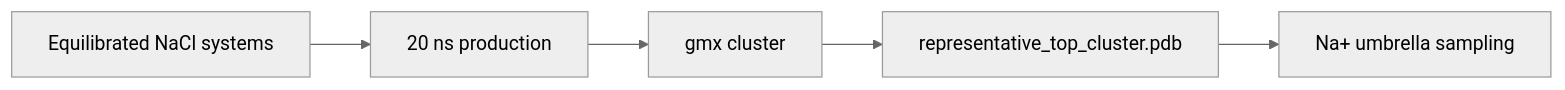
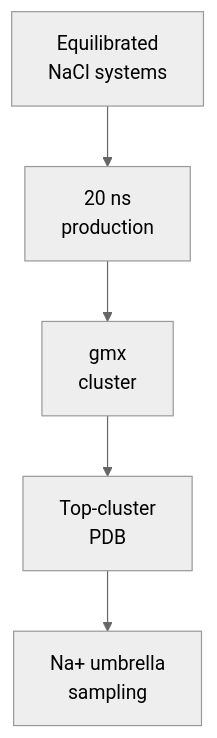
Before and after one commit to jackyissocute/LiSPER: the diagram in 01_computational_discovery/md/na_cl/README.md, drawn with Mermaid (neutral theme). The commit also changed 64 other files, not shown here.

````diff
--- a/01_computational_discovery/md/na_cl/README.md
+++ b/01_computational_discovery/md/na_cl/README.md
@@ -27,7 +27,16 @@
 ```mermaid
-flowchart LR
-    A["Equilibrated NaCl systems"] --> B["20 ns production"]
-    B --> C["gmx cluster"]
-    C --> D["representative_top_cluster.pdb"]
-    D --> E["Na+ umbrella sampling"]
+flowchart TD
+    accTitle: NaCl MD Path
+    accDescr: Equilibrated NaCl systems proceed through production MD, clustering, representative-structure selection, and Na umbrella sampling.
+
+    equilibrated["Equilibrated<br/>NaCl systems"]
+    production["20 ns<br/>production"]
+    clustering["gmx<br/>cluster"]
+    representative["Top-cluster<br/>PDB"]
+    umbrella["Na+ umbrella<br/>sampling"]
+
+    equilibrated --> production
+    production --> clustering
+    clustering --> representative
+    representative --> umbrella
 ```
````
